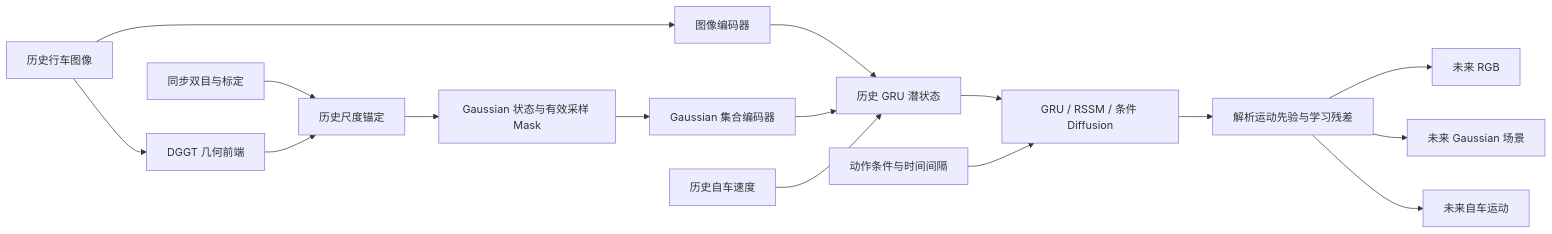
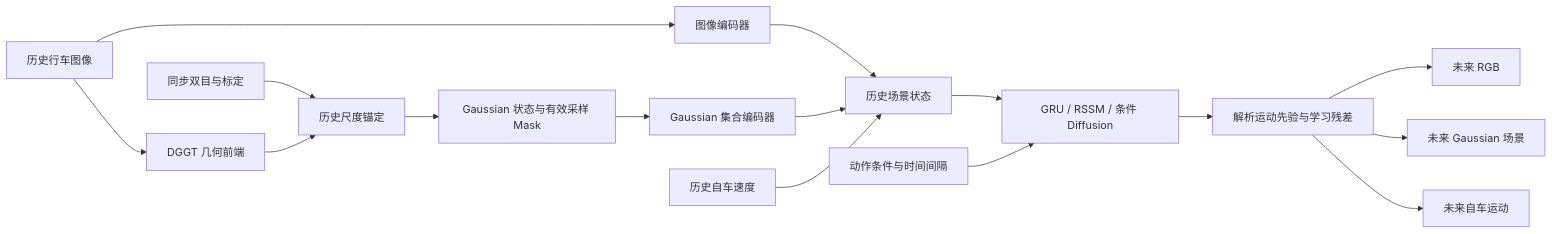
One commit to Quan2630345594/DriveGaussianWorld changed the diagram in README.md. Above: the diagram before and after it, drawn with Mermaid. The commit also changed other lines of this file and 4 other files, not shown here.

````diff
--- a/README.md
+++ b/README.md
@@ -30,18 +30,18 @@
 ```mermaid
 flowchart LR
     A[历史行车图像] --> B[DGGT 几何前端]
     S[同步双目与标定] --> M[历史尺度锚定]
     B --> M
     M --> G[Gaussian 状态与有效采样 Mask]
     A --> E[图像编码器]
     G --> Q[Gaussian 集合编码器]
-    E --> H[历史 GRU 潜状态]
+    E --> H[历史场景状态]
     Q --> H
     V[历史自车速度] --> H
     H --> D[GRU / RSSM / 条件 Diffusion]
     U[动作条件与时间间隔] --> D
     D --> P[解析运动先验与学习残差]
     P --> I[未来 RGB]
     P --> F[未来 Gaussian 场景]
     P --> T[未来自车运动]
 ```
````
